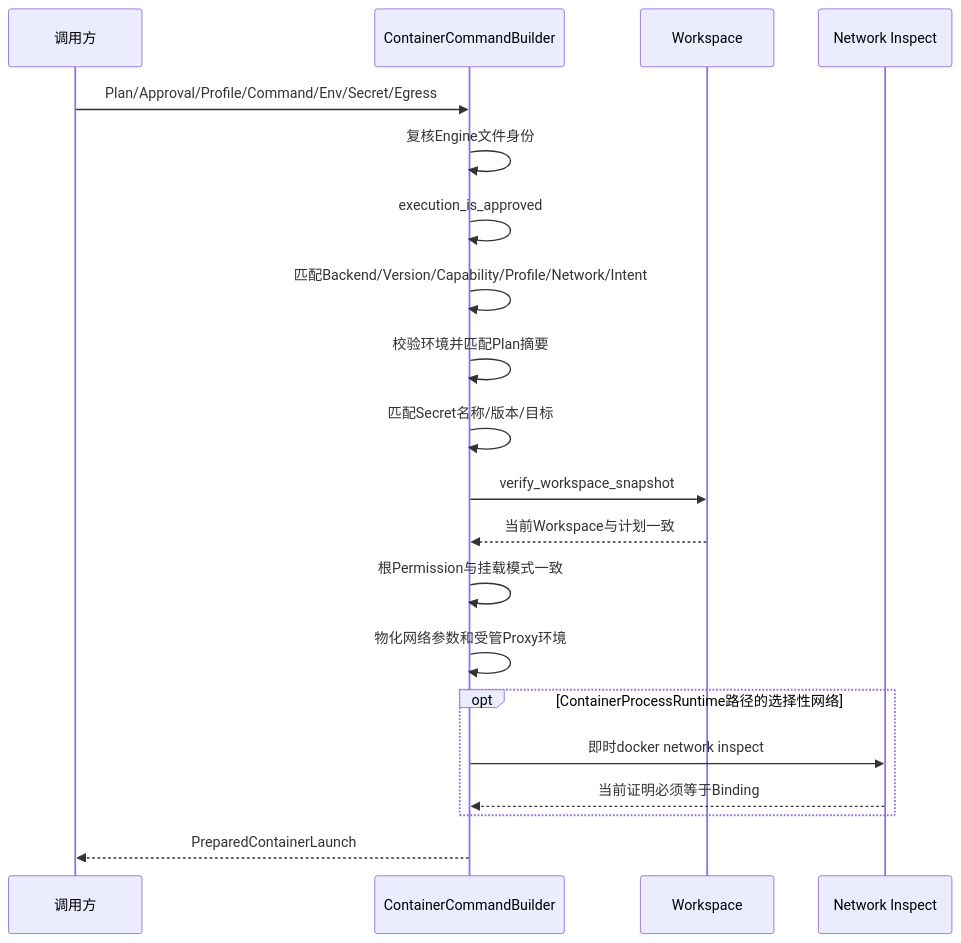
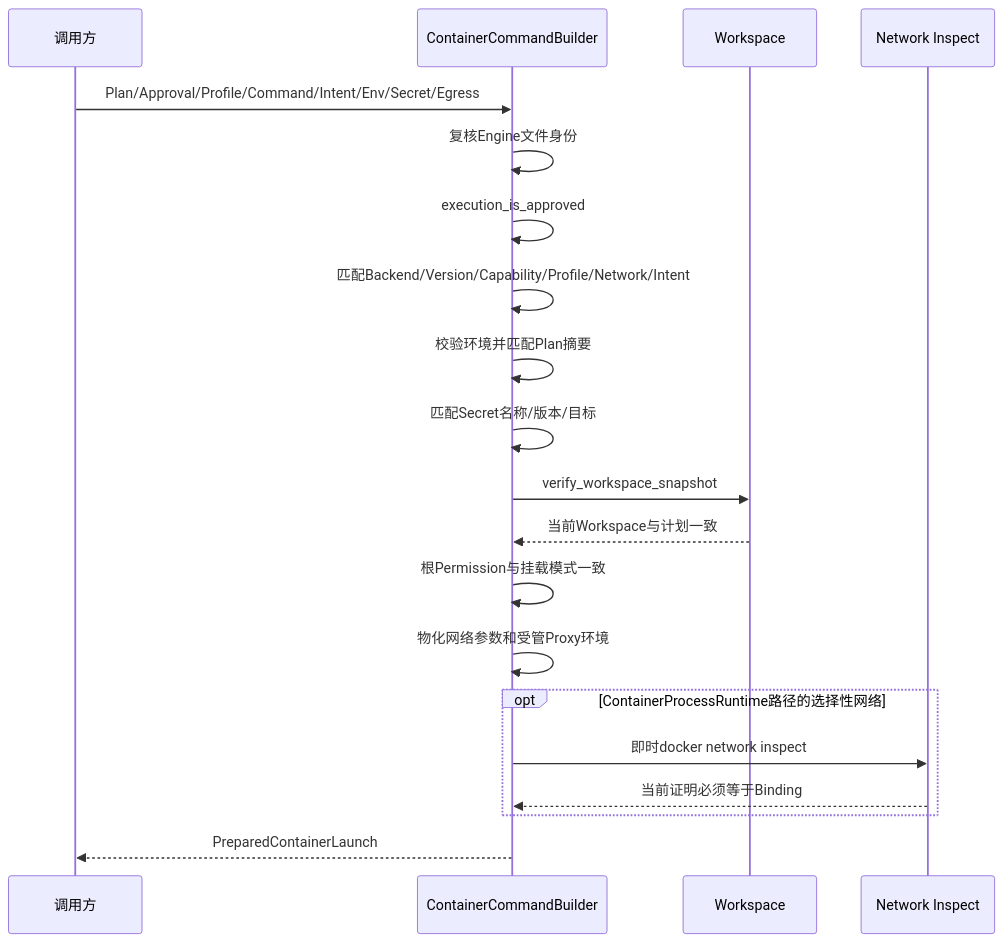
One commit to carrie1988/Harnessix changed the eighth of 13 diagrams in docs/modules/sandbox.md. Above: the diagram before and after it, drawn with Mermaid. The commit also changed other lines of this file and 82 other files, not shown here.

````diff
--- a/docs/modules/sandbox.md
+++ b/docs/modules/sandbox.md
@@ -579,22 +579,22 @@
 ```mermaid
 sequenceDiagram
     participant C as 调用方
     participant B as ContainerCommandBuilder
     participant W as Workspace
     participant N as Network Inspect
-    C->>B: Plan/Approval/Profile/Command/Env/Secret/Egress
+    C->>B: Plan/Approval/Profile/Command/Intent/Env/Secret/Egress
     B->>B: 复核Engine文件身份
     B->>B: execution_is_approved
     B->>B: 匹配Backend/Version/Capability/Profile/Network/Intent
     B->>B: 校验环境并匹配Plan摘要
     B->>B: 匹配Secret名称/版本/目标
     B->>W: verify_workspace_snapshot
     W-->>B: 当前Workspace与计划一致
     B->>B: 根Permission与挂载模式一致
     B->>B: 物化网络参数和受管Proxy环境
     opt ContainerProcessRuntime路径的选择性网络
         B->>N: 即时docker network inspect
         N-->>B: 当前证明必须等于Binding
     end
     B-->>C: PreparedContainerLaunch
 ```
````
